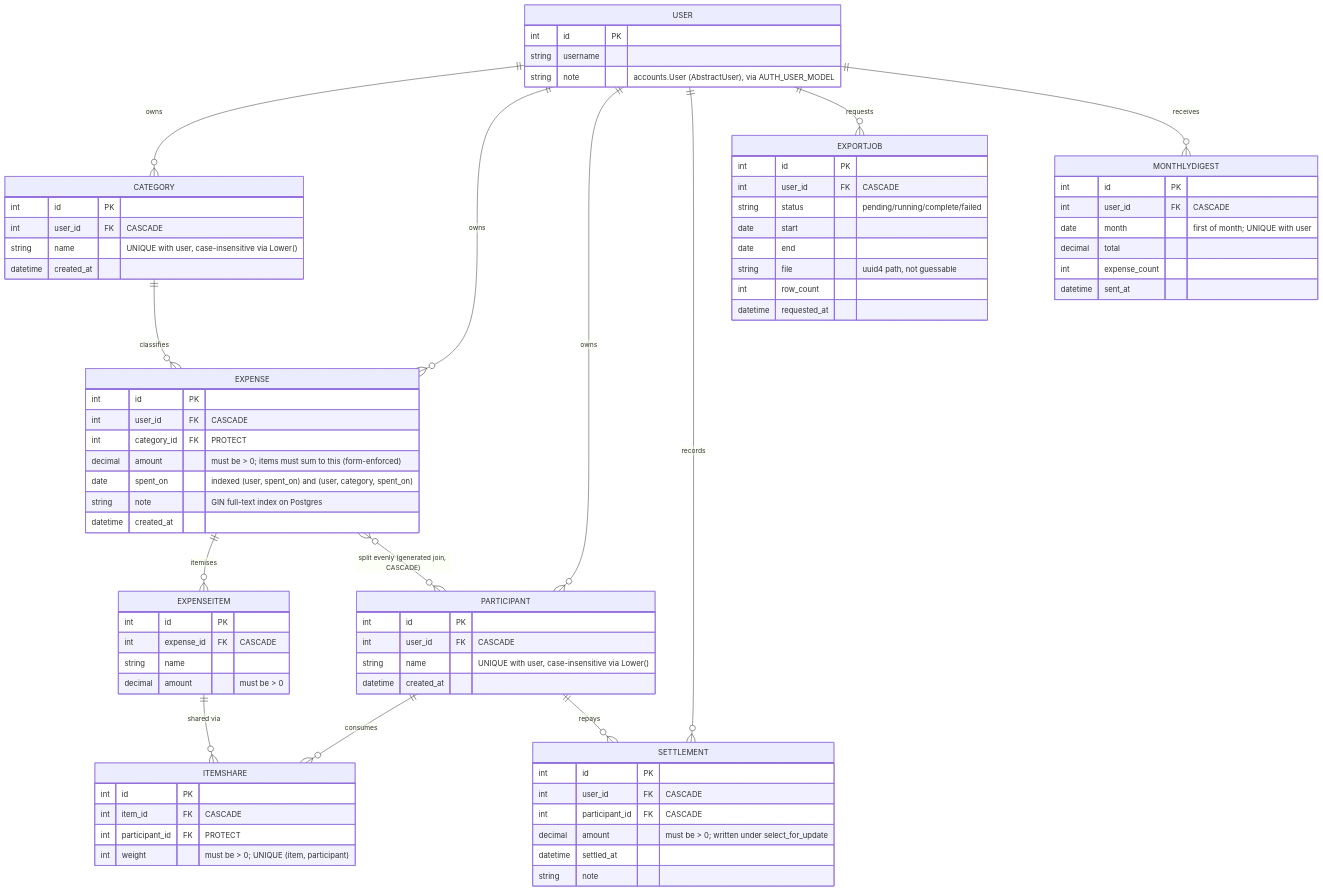
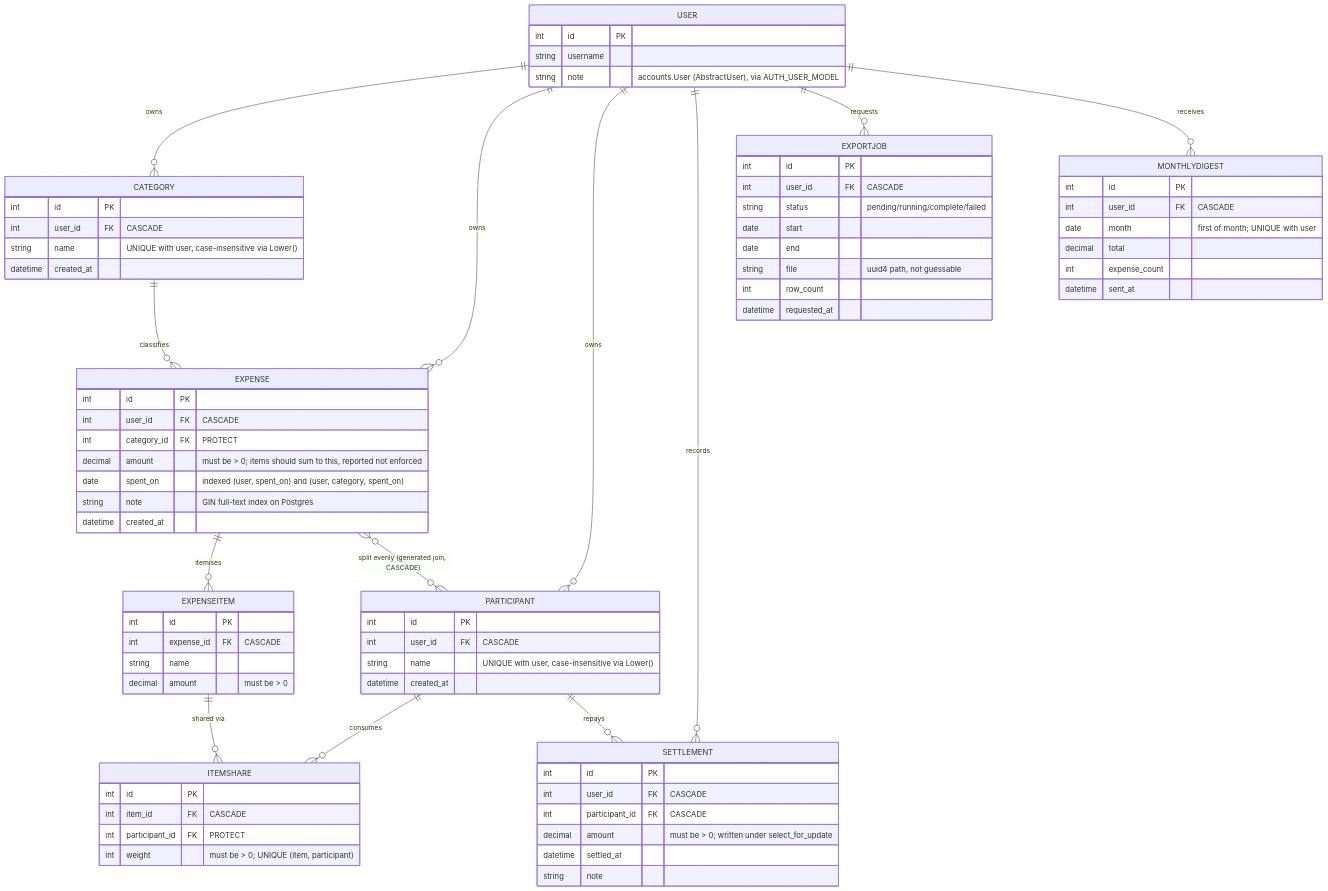
The diagram in docs/BUILD_LOG.md (Vatsal-Kanojiya/expense_management), drawn with Mermaid before and after one commit. The commit also changed other lines of this file and 3 other files, not shown here.

````diff
--- a/docs/BUILD_LOG.md
+++ b/docs/BUILD_LOG.md
@@ -48,80 +48,80 @@
 ```mermaid
 erDiagram
     USER ||--o{ CATEGORY : "owns"
     USER ||--o{ EXPENSE  : "owns"
     USER ||--o{ PARTICIPANT : "owns"
     USER ||--o{ SETTLEMENT : "records"
     USER ||--o{ EXPORTJOB : "requests"
     USER ||--o{ MONTHLYDIGEST : "receives"
     CATEGORY ||--o{ EXPENSE : "classifies"
     EXPENSE ||--o{ EXPENSEITEM : "itemises"
     EXPENSE }o--o{ PARTICIPANT : "split evenly (generated join, CASCADE)"
     EXPENSEITEM ||--o{ ITEMSHARE : "shared via"
     PARTICIPANT ||--o{ ITEMSHARE : "consumes"
     PARTICIPANT ||--o{ SETTLEMENT : "repays"
 
     USER {
         int id PK
         string username
         string note "accounts.User (AbstractUser), via AUTH_USER_MODEL"
     }
     CATEGORY {
         int id PK
         int user_id FK "CASCADE"
         string name "UNIQUE with user, case-insensitive via Lower()"
         datetime created_at
     }
     EXPENSE {
         int id PK
         int user_id FK "CASCADE"
         int category_id FK "PROTECT"
-        decimal amount "must be > 0; items must sum to this (form-enforced)"
+        decimal amount "must be > 0; items should sum to this, reported not enforced"
         date spent_on "indexed (user, spent_on) and (user, category, spent_on)"
         string note "GIN full-text index on Postgres"
         datetime created_at
     }
     PARTICIPANT {
         int id PK
         int user_id FK "CASCADE"
         string name "UNIQUE with user, case-insensitive via Lower()"
         datetime created_at
     }
     EXPENSEITEM {
         int id PK
         int expense_id FK "CASCADE"
         string name
         decimal amount "must be > 0"
     }
     ITEMSHARE {
         int id PK
         int item_id FK "CASCADE"
         int participant_id FK "PROTECT"
         int weight "must be > 0; UNIQUE (item, participant)"
     }
     SETTLEMENT {
         int id PK
         int user_id FK "CASCADE"
         int participant_id FK "CASCADE"
         decimal amount "must be > 0; written under select_for_update"
         datetime settled_at
         string note
     }
     EXPORTJOB {
         int id PK
         int user_id FK "CASCADE"
         string status "pending/running/complete/failed"
         date start
         date end
         string file "uuid4 path, not guessable"
         int row_count
         datetime requested_at
     }
     MONTHLYDIGEST {
         int id PK
         int user_id FK "CASCADE"
         date month "first of month; UNIQUE with user"
         decimal total
         int expense_count
         datetime sent_at
     }
 ```
````
